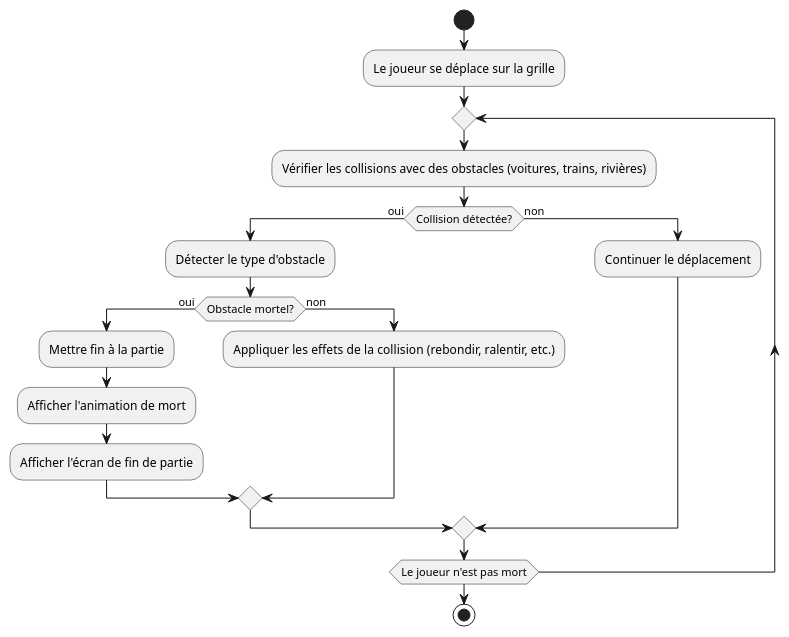
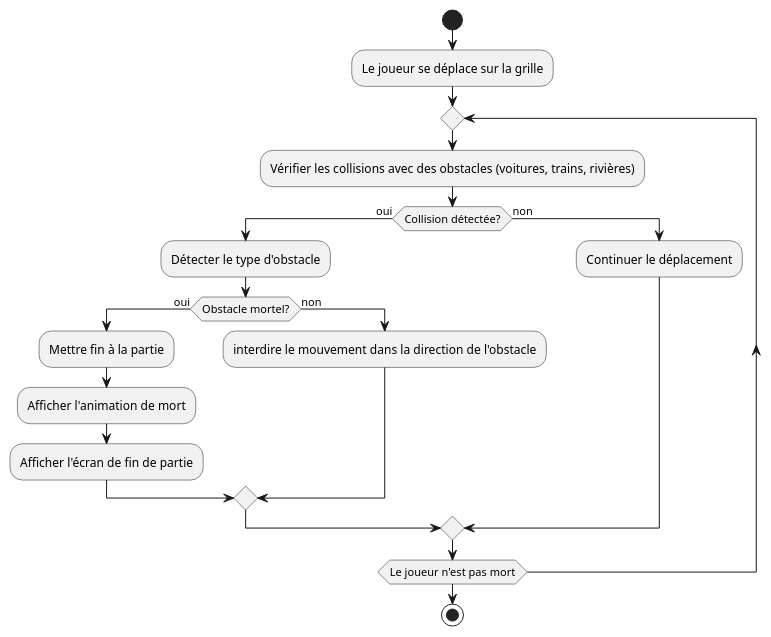
One commit to LosVerinos/Crossy-Road changed the diagram in Diagram/ActivityDiagram/colisionGestion.puml. Above: the diagram before and after it, drawn with PlantUML. The commit also changed 13 other files, not shown here.

Commit message:
première modif sur les diagrammes d'activités

```diff
--- a/Diagram/ActivityDiagram/colisionGestion.puml
+++ b/Diagram/ActivityDiagram/colisionGestion.puml
@@ -1,20 +1,20 @@
 @startuml
 start
 :Le joueur se déplace sur la grille;
 repeat
   :Vérifier les collisions avec des obstacles (voitures, trains, rivières);
   if (Collision détectée?) then (oui)
     :Détecter le type d'obstacle;
     if (Obstacle mortel?) then (oui)
       :Mettre fin à la partie;
       :Afficher l'animation de mort;
       :Afficher l'écran de fin de partie;
     else (non)
-      :Appliquer les effets de la collision (rebondir, ralentir, etc.);
+      :interdire le mouvement dans la direction de l'obstacle;
     endif
   else (non)
     :Continuer le déplacement;
   endif
 repeat while (Le joueur n'est pas mort)
 stop
 @enduml
```
